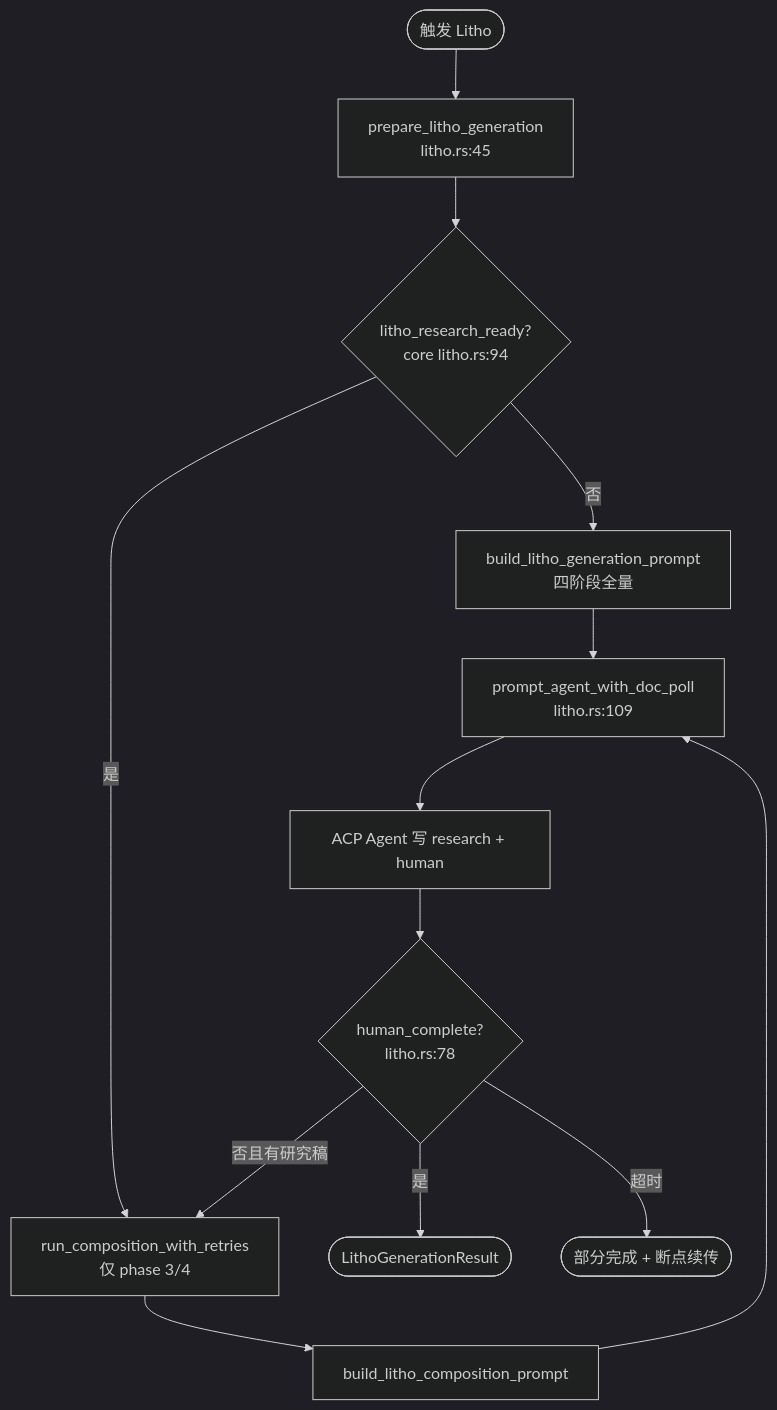
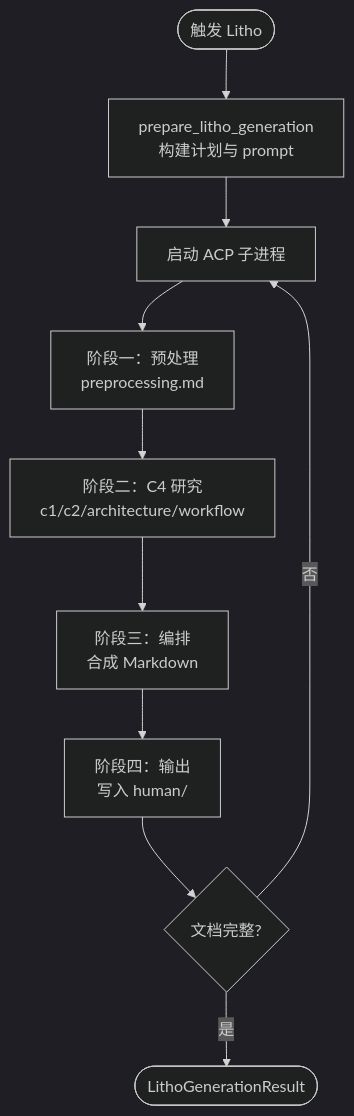
The fourth of 6 diagrams in .terrain/human/3.工作流.md (sopaco/terrain), drawn with Mermaid (dark theme) before and after one commit. The commit also changed other lines of this file and 79 other files, not shown here.

````diff
--- a/.terrain/human/3.工作流.md
+++ b/.terrain/human/3.工作流.md
@@ -116,15 +91,12 @@
 ```mermaid
 flowchart TD
-    Start([触发 Litho]) --> Prep["prepare_litho_generation<br/>litho.rs:45"]
-    Prep --> ResearchCheck{"litho_research_ready?<br/>core litho.rs:94"}
-    ResearchCheck -->|否| FullPrompt["build_litho_generation_prompt<br/>四阶段全量"]
-    ResearchCheck -->|是| ComposeOnly["run_composition_with_retries<br/>仅 phase 3/4"]
-    FullPrompt --> Poll["prompt_agent_with_doc_poll<br/>litho.rs:109"]
-    ComposeOnly --> ComposePrompt["build_litho_composition_prompt"]
-    ComposePrompt --> Poll
-    Poll --> AgentWrite["ACP Agent 写 research + human"]
-    AgentWrite --> CompleteCheck{"human_complete?<br/>litho.rs:78"}
-    CompleteCheck -->|否且有研究稿| ComposeOnly
-    CompleteCheck -->|是| Done([LithoGenerationResult])
-    CompleteCheck -->|超时| Partial([部分完成 + 断点续传])
+    Start(["触发 Litho"]) --> Plan["prepare_litho_generation<br/>构建计划与 prompt"]
+    Plan --> ACP["启动 ACP 子进程"]
+    ACP --> Phase1["阶段一：预处理<br/>preprocessing.md"]
+    Phase1 --> Phase2["阶段二：C4 研究<br/>c1/c2/architecture/workflow"]
+    Phase2 --> Phase3["阶段三：编排<br/>合成 Markdown"]
+    Phase3 --> Phase4["阶段四：输出<br/>写入 human/"]
+    Phase4 --> Poll{"文档完整?"}
+    Poll -->|否| ACP
+    Poll -->|是| Done(["LithoGenerationResult"])
 ```
````
